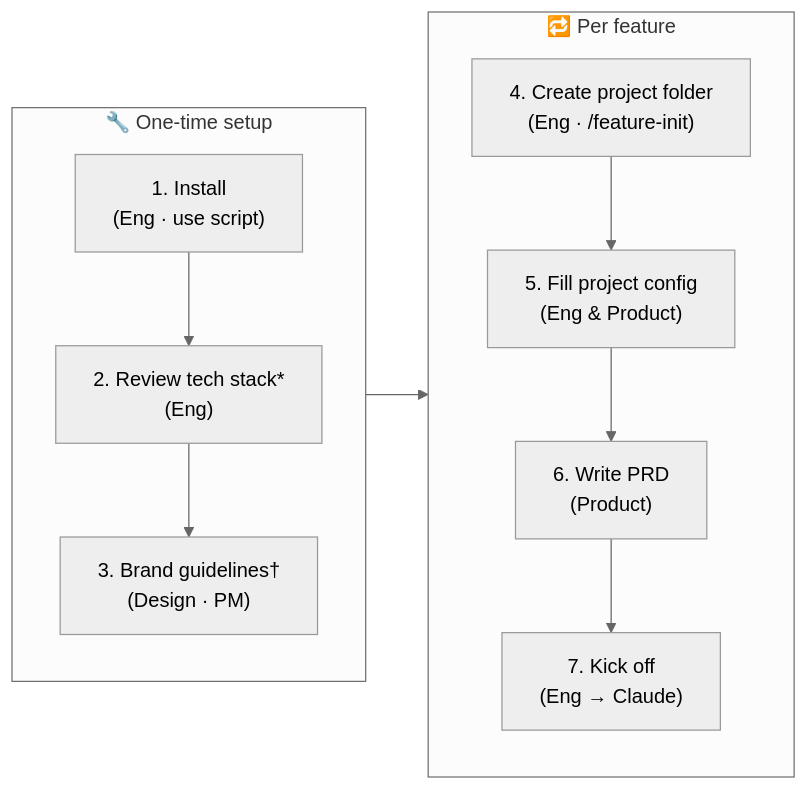
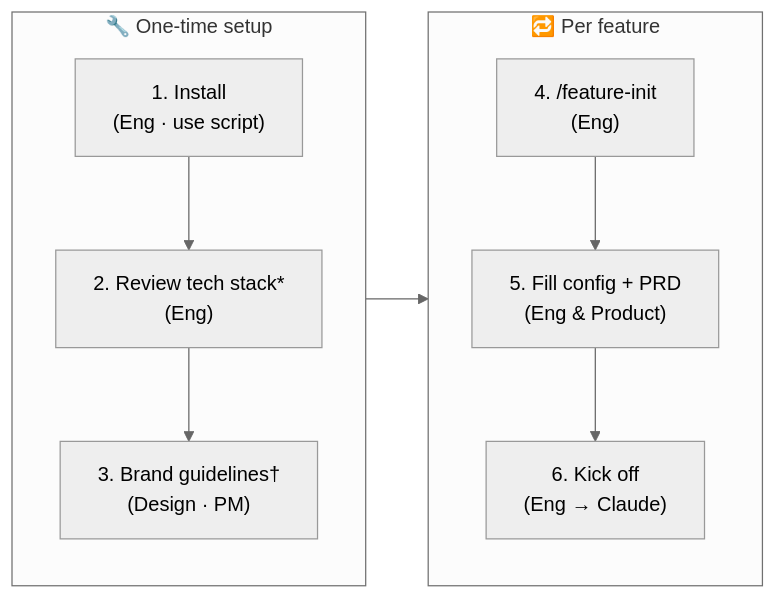
The diagram in .claude/SETUP-GUIDE.md (sans-github/agents), drawn with Mermaid (neutral theme) before and after one commit. The commit also changed other lines of this file and 2 other files, not shown here.

Commit message:
reduce kickoff friction: revamp SETUP-GUIDE, auto-fill feature folder via feature-init, remove human instruction from kickoff-prompt

````diff
--- a/.claude/SETUP-GUIDE.md
+++ b/.claude/SETUP-GUIDE.md
@@ -3,10 +41,10 @@
 ```mermaid
 flowchart LR
   subgraph once["🔧 One-time setup"]
     s1["1. Install<br/>(Eng · use script)"] --> s2["2. Review tech stack*<br/>(Eng)"] --> s3["3. Brand guidelines†<br/>(Design · PM)"]
   end
   subgraph feat["🔁 Per feature"]
-    s4["4. Create project folder<br/>(Eng · /feature-init)"] --> s5["5. Fill project config<br/>(Eng & Product)"] --> s6["6. Write PRD<br/>(Product)"] --> s7["7. Kick off<br/>(Eng → Claude)"]
+    s4["4. /feature-init<br/>(Eng)"] --> s5["5. Fill config + PRD<br/>(Eng & Product)"] --> s6["6. Kick off<br/>(Eng → Claude)"]
   end
   once --> feat
 ```
````
